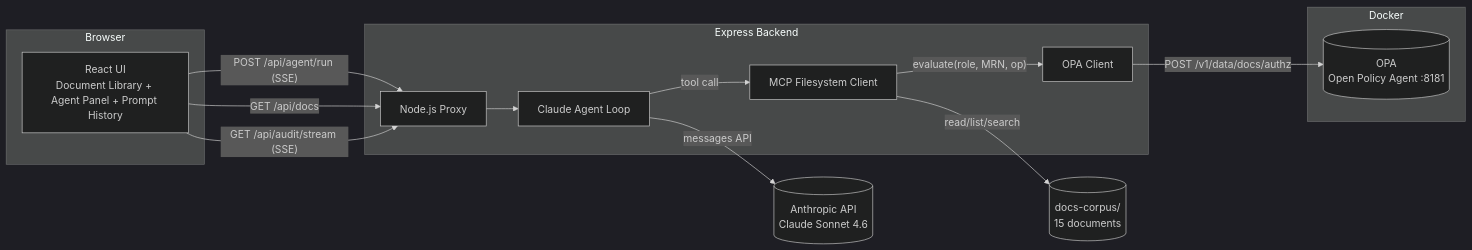
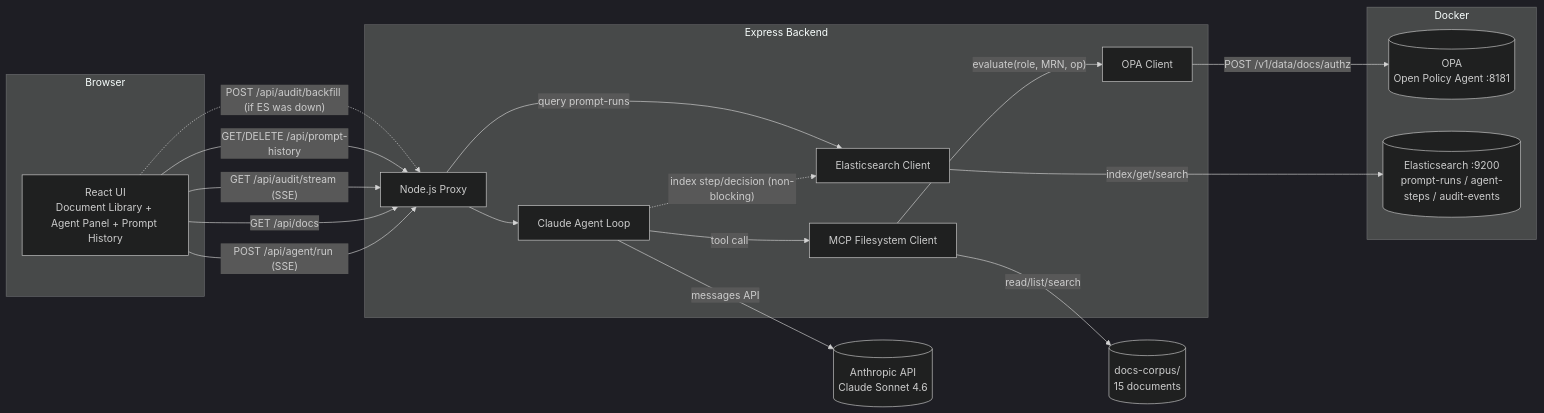
One commit to atulmi/manetu-document-hub changed the diagram in README.md. Above: the diagram before and after it, drawn with Mermaid (dark theme). The commit also changed other lines of this file, not shown here.

Commit message:
Update README to mention ElasticSearch, and various new hooks + design fixes

````diff
--- a/README.md
+++ b/README.md
@@ -31,27 +31,34 @@
 ```mermaid
 graph LR
   subgraph Browser
     UI["React UI<br/>Document Library + Agent Panel + Prompt History"]
   end
   subgraph "Express Backend"
     API[Node.js Proxy]
     CLAUDE[Claude Agent Loop]
     OPA_CLIENT[OPA Client]
     FS_CLIENT[MCP Filesystem Client]
+    ES_CLIENT[Elasticsearch Client]
   end
   subgraph Docker
     OPA[("OPA<br/>Open Policy Agent :8181")]
+    ES[("Elasticsearch :9200<br/>prompt-runs / agent-steps / audit-events")]
   end
   DOCS[("docs-corpus/<br/>15 documents")]
   ANTHROPIC[("Anthropic API<br/>Claude Sonnet 4.6")]
 
   UI -->|"POST /api/agent/run (SSE)"| API
   UI -->|"GET /api/docs"| API
   UI -->|"GET /api/audit/stream (SSE)"| API
+  UI -->|"GET/DELETE /api/prompt-history"| API
+  UI -.->|"POST /api/audit/backfill (if ES was down)"| API
   API --> CLAUDE
   CLAUDE -->|"tool call"| FS_CLIENT
   FS_CLIENT -->|"evaluate(role, MRN, op)"| OPA_CLIENT
   OPA_CLIENT -->|"POST /v1/data/docs/authz"| OPA
   FS_CLIENT -->|"read/list/search"| DOCS
   CLAUDE -->|"messages API"| ANTHROPIC
+  CLAUDE -.->|"index step/decision (non-blocking)"| ES_CLIENT
+  API -->|"query prompt-runs"| ES_CLIENT
+  ES_CLIENT -->|"index/get/search"| ES
 ```
````
